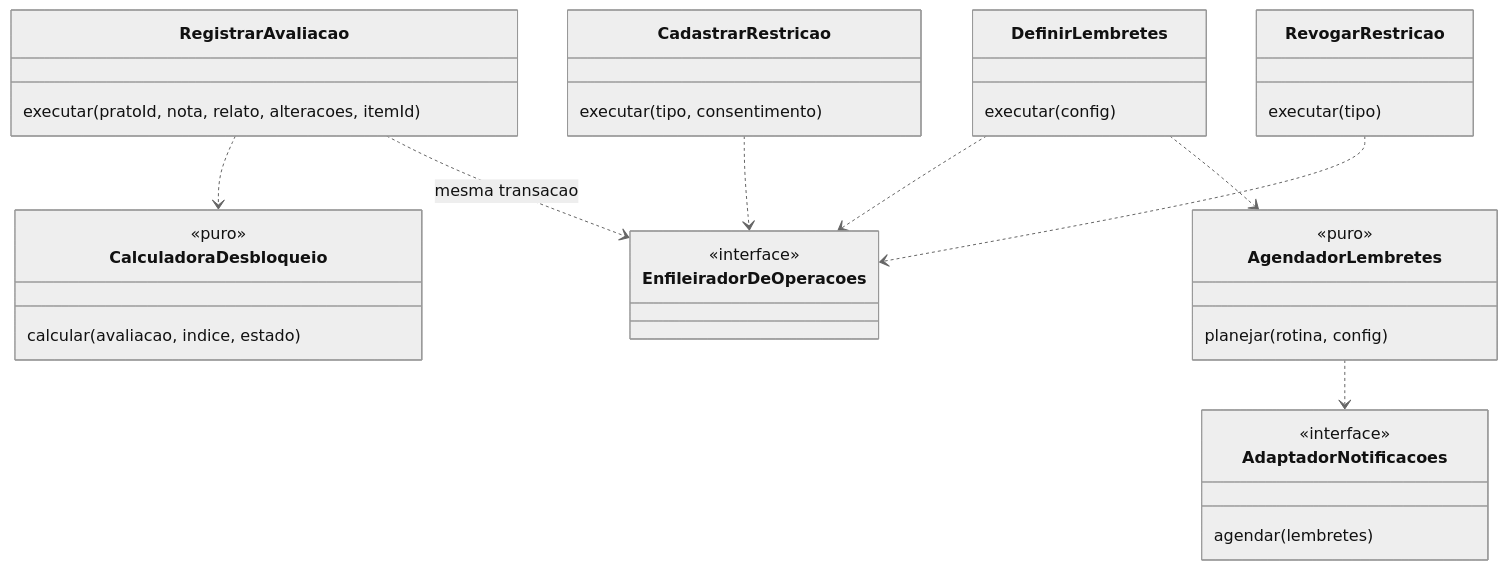
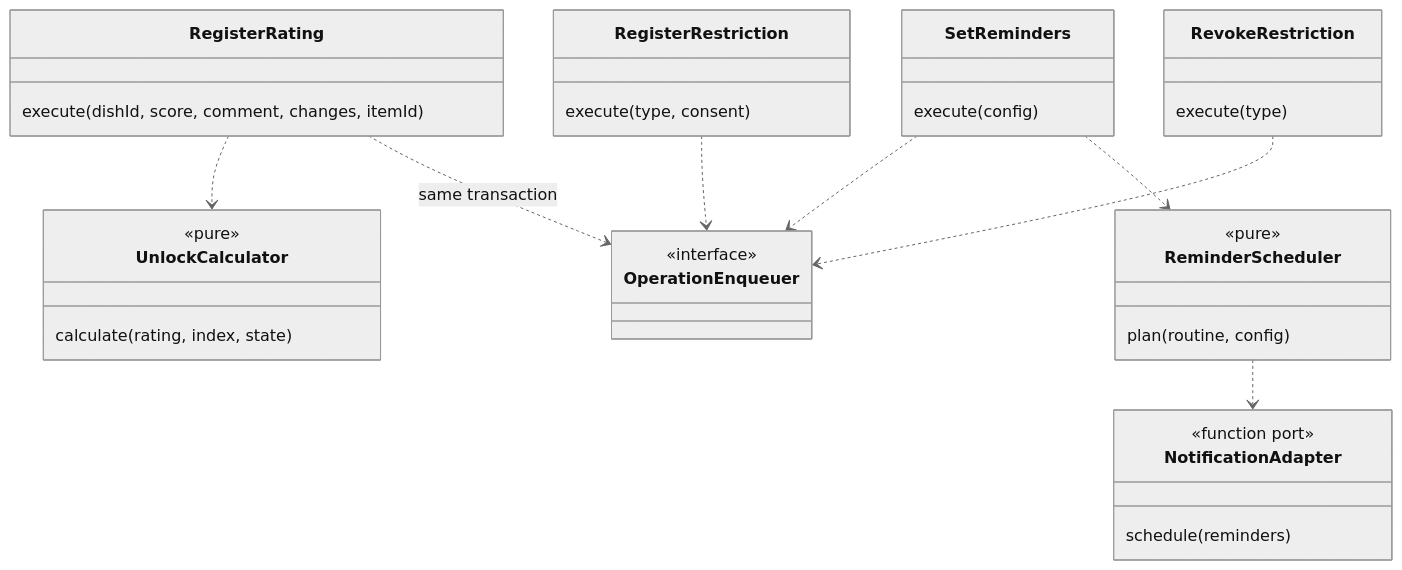
Before and after one commit to AnnyFilgueiras/projeto_tsi: diagram 11 of 11 in docs/fase2/2.6-diagramas_fluxos_contratos/diagrama-classes.md, drawn with Mermaid (neutral theme). The commit also changed other lines of this file and 4 other files, not shown here.

Commit message:
docs: update class diagram and sequences to v1.1 (English identifiers, Tx)

````diff
--- a/docs/fase2/2.6-diagramas_fluxos_contratos/diagrama-classes.md
+++ b/docs/fase2/2.6-diagramas_fluxos_contratos/diagrama-classes.md
@@ -620,37 +639,37 @@
 ```mermaid
 classDiagram
-  class RegistrarAvaliacao {
-    executar(pratoId, nota, relato, alteracoes, itemId)
+  class RegisterRating {
+    execute(dishId, score, comment, changes, itemId)
   }
-  class CalculadoraDesbloqueio {
-    <<puro>>
-    calcular(avaliacao, indice, estado)
+  class UnlockCalculator {
+    <<pure>>
+    calculate(rating, index, state)
   }
-  class CadastrarRestricao {
-    executar(tipo, consentimento)
+  class RegisterRestriction {
+    execute(type, consent)
   }
-  class RevogarRestricao {
-    executar(tipo)
+  class RevokeRestriction {
+    execute(type)
   }
-  class DefinirLembretes {
-    executar(config)
+  class SetReminders {
+    execute(config)
   }
-  class AgendadorLembretes {
-    <<puro>>
-    planejar(rotina, config)
+  class ReminderScheduler {
+    <<pure>>
+    plan(routine, config)
   }
-  class AdaptadorNotificacoes {
-    <<interface>>
-    agendar(lembretes)
+  class NotificationAdapter {
+    <<function port>>
+    schedule(reminders)
   }
-  class EnfileiradorDeOperacoes {
+  class OperationEnqueuer {
     <<interface>>
   }
-  RegistrarAvaliacao ..> CalculadoraDesbloqueio
-  RegistrarAvaliacao ..> EnfileiradorDeOperacoes : mesma transacao
-  CadastrarRestricao ..> EnfileiradorDeOperacoes
-  RevogarRestricao ..> EnfileiradorDeOperacoes
-  DefinirLembretes ..> EnfileiradorDeOperacoes
-  DefinirLembretes ..> AgendadorLembretes
-  AgendadorLembretes ..> AdaptadorNotificacoes
+  RegisterRating ..> UnlockCalculator
+  RegisterRating ..> OperationEnqueuer : same transaction
+  RegisterRestriction ..> OperationEnqueuer
+  RevokeRestriction ..> OperationEnqueuer
+  SetReminders ..> OperationEnqueuer
+  SetReminders ..> ReminderScheduler
+  ReminderScheduler ..> NotificationAdapter
 ```
````
